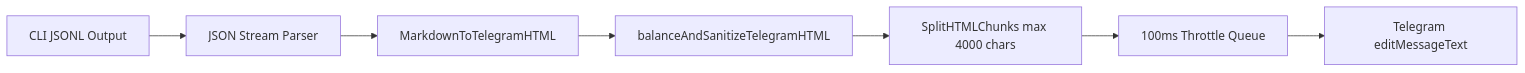
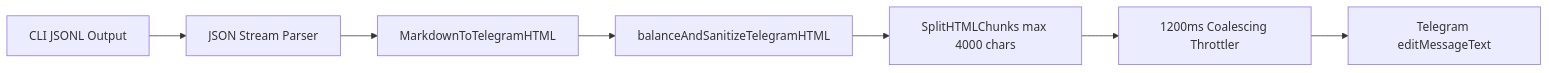
One commit to TheNovaNodes/antigravity-telegram-agent changed the fourth of 4 diagrams in docs/ARCHITECTURE.md. Above: the diagram before and after it, drawn with Mermaid. The commit also changed other lines of this file and 1 other file, not shown here.

Commit message:
docs(architecture): sync documentation with turn watchdog, /stop, 1200ms throttler, and drop-to-resume (#224)

````diff
--- a/docs/ARCHITECTURE.md
+++ b/docs/ARCHITECTURE.md
@@ -191,9 +225,9 @@
 ```mermaid
 flowchart LR
     RawOutput[CLI JSONL Output] --> JsonParser[JSON Stream Parser]
     JsonParser --> FormatEngine[MarkdownToTelegramHTML]
     FormatEngine --> Sanitizer[balanceAndSanitizeTelegramHTML]
     Sanitizer --> Chunker[SplitHTMLChunks max 4000 chars]
-    Chunker --> Throttler[100ms Throttle Queue]
+    Chunker --> Throttler[1200ms Coalescing Throttler]
     Throttler --> TGAPI[Telegram editMessageText]
 ```
````
